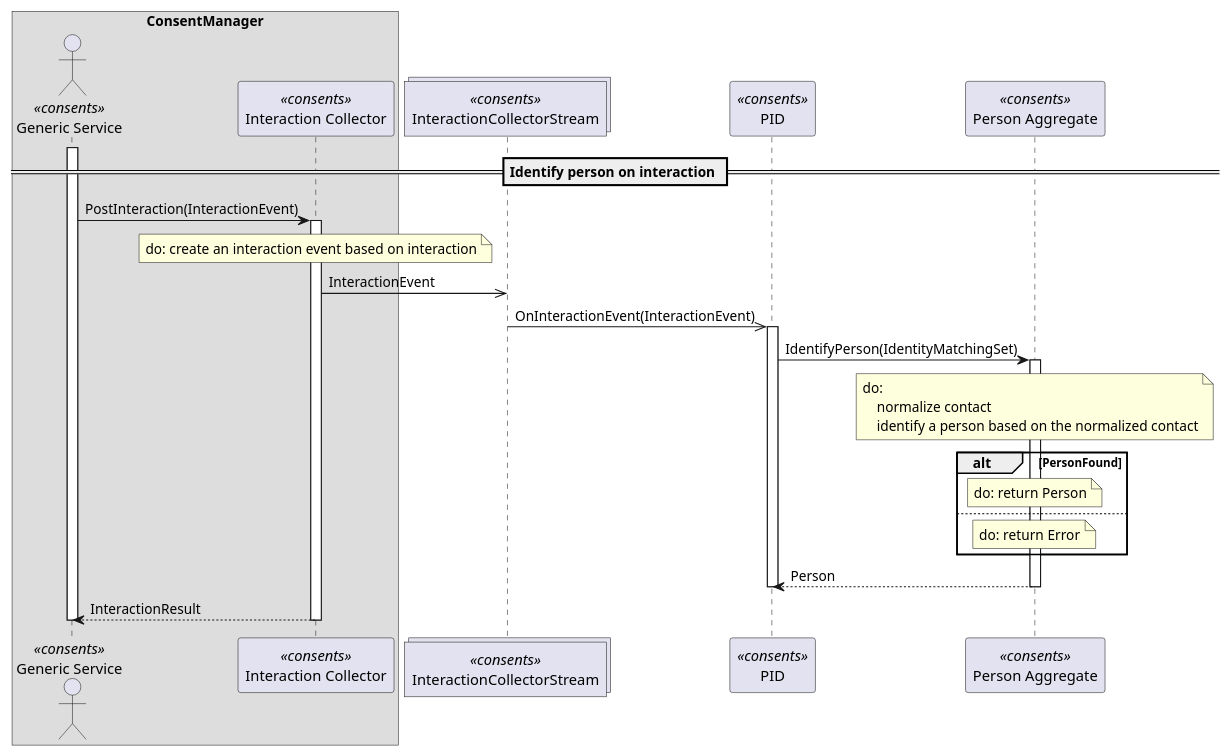
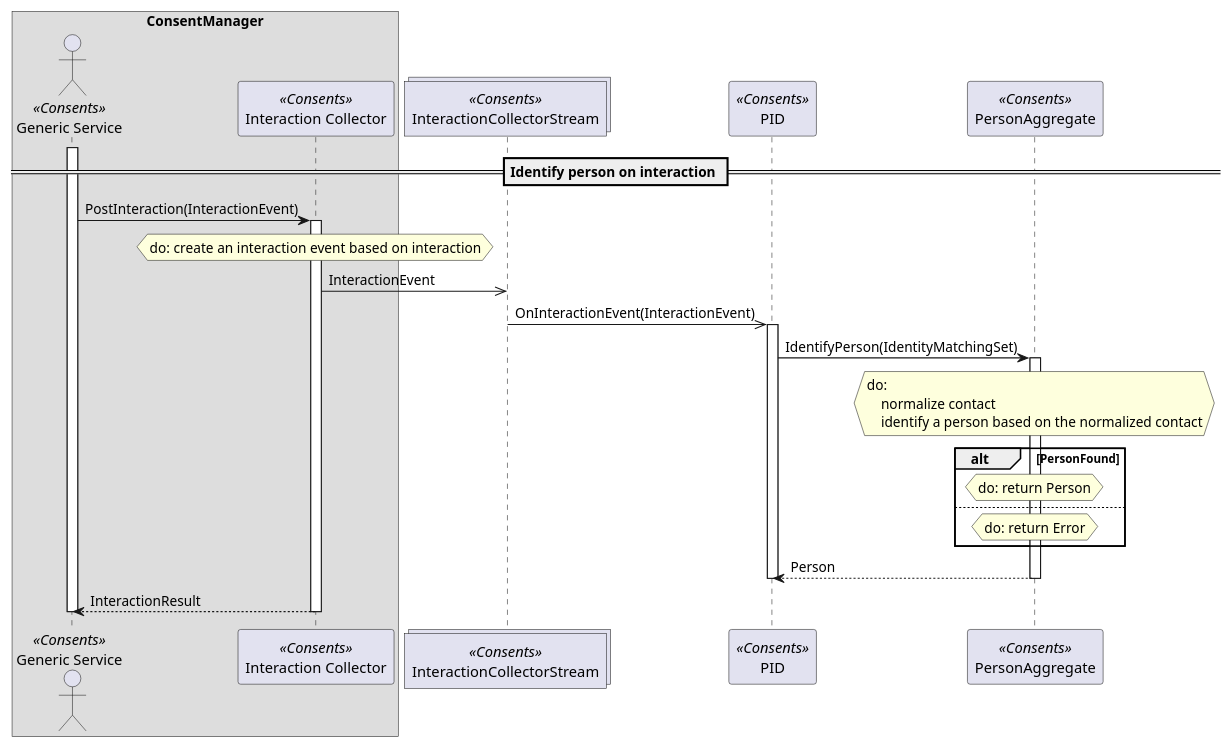
The diagram in example/result.puml (TypedUseCase/tuc-console), drawn with PlantUML before and after one commit. The commit also changed 57 other files, not shown here.

```diff
--- a/example/result.puml
+++ b/example/result.puml
@@ -1,42 +1,42 @@
 @startuml definition
 
 == Identify person on interaction ==
 
 box "ConsentManager"
-    actor "Generic Service" as GenericService <<consents>>
-    participant "Interaction Collector" as InteractionCollector <<consents>>
+    actor "Generic Service" as GenericService <<Consents>>
+    participant "Interaction Collector" as InteractionCollector <<Consents>>
 end box
-collections "InteractionCollectorStream" as InteractionCollectorStream <<consents>>
-participant "PID" as PersonIdentificationEngine <<consents>>
-participant "Person Aggregate" as PersonAggregate <<consents>>
+collections "InteractionCollectorStream" as InteractionCollectorStream <<Consents>>
+participant "PID" as PersonIdentificationEngine <<Consents>>
+participant "PersonAggregate" as PersonAggregate <<Consents>>
 
 activate GenericService
 GenericService -> InteractionCollector ++: PostInteraction(InteractionEvent)
-    note over InteractionCollector
+    hnote over InteractionCollector
     do: create an interaction event based on interaction
-    end note
+    end hnote
     InteractionCollector ->> InteractionCollectorStream: InteractionEvent
     InteractionCollectorStream ->> PersonIdentificationEngine: OnInteractionEvent(InteractionEvent)
         activate PersonIdentificationEngine
         PersonIdentificationEngine -> PersonAggregate ++: IdentifyPerson(IdentityMatchingSet)
-            note over PersonAggregate
+            hnote over PersonAggregate
             do:
                 normalize contact
                 identify a person based on the normalized contact
-            end note
+            end hnote
             alt PersonFound
-                note over PersonAggregate
+                hnote over PersonAggregate
                 do: return Person
-                end note
+                end hnote
             else
-                note over PersonAggregate
+                hnote over PersonAggregate
                 do: return Error
-                end note
+                end hnote
             end
         PersonAggregate --> PersonIdentificationEngine --: Person
         deactivate PersonIdentificationEngine
 InteractionCollector --> GenericService --: InteractionResult
 
 deactivate GenericService
 
 @enduml
```
